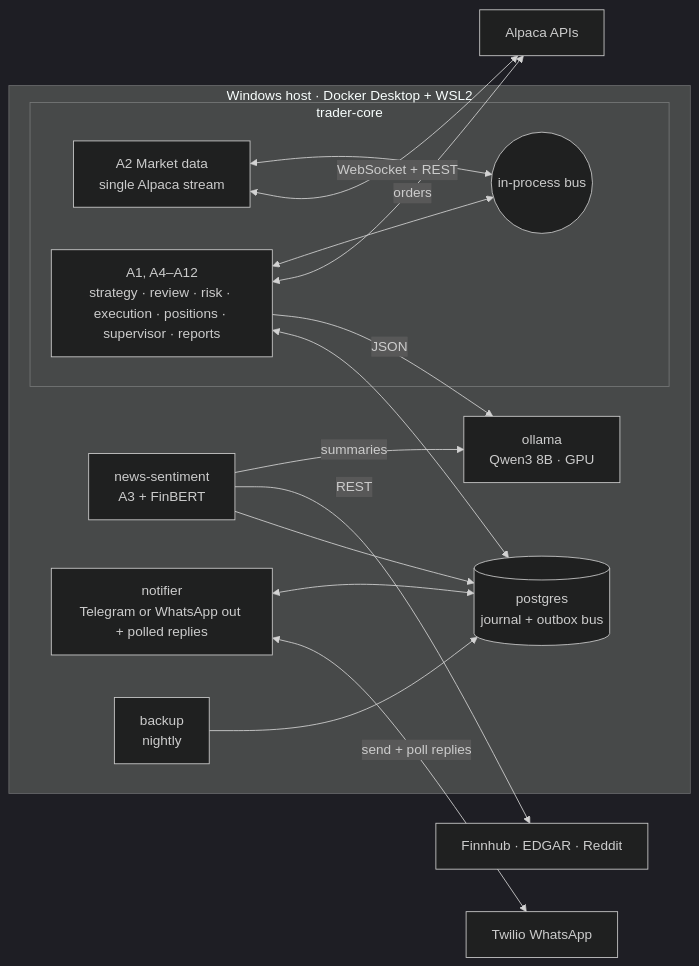
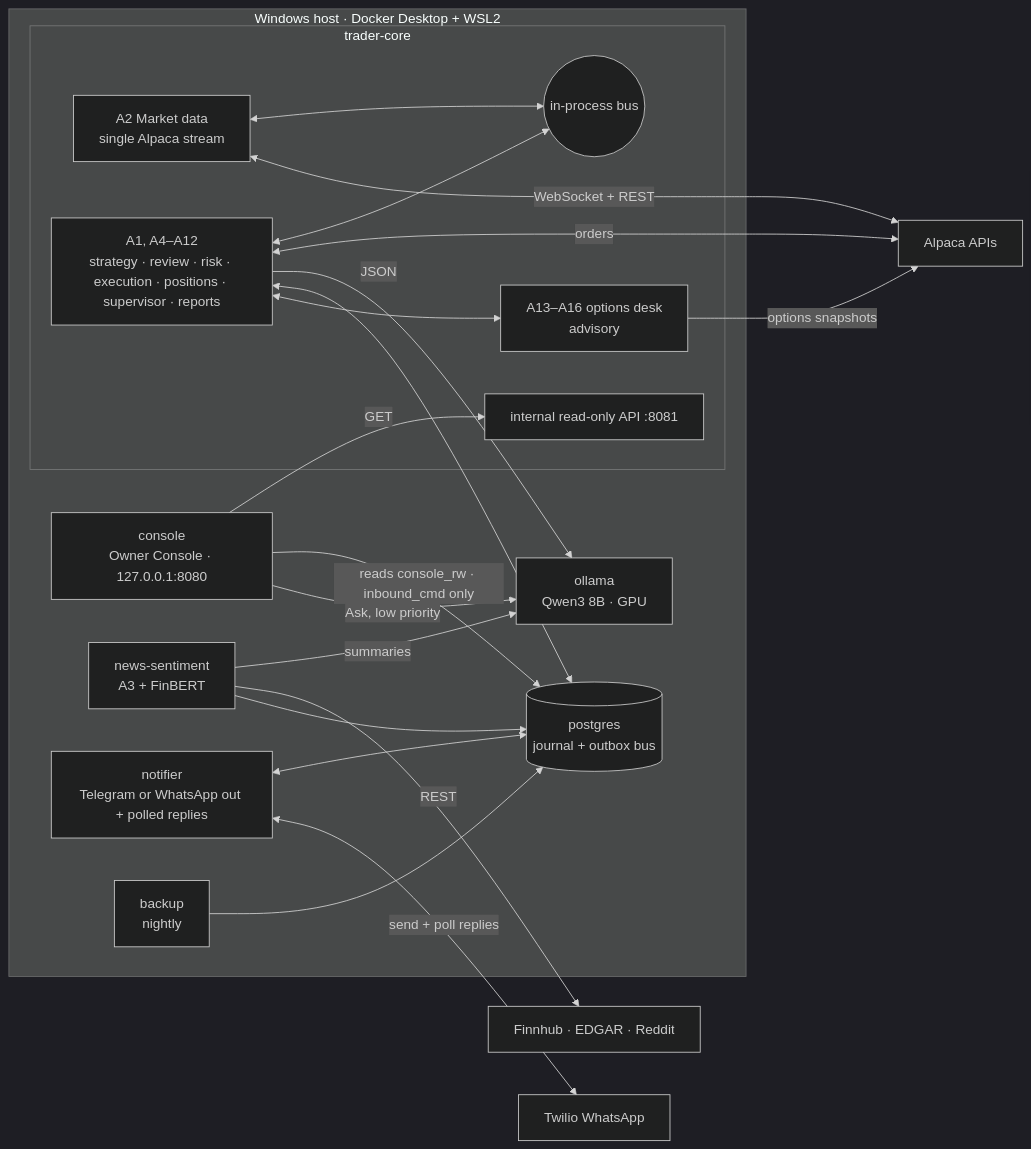
One commit to sbittla/agentic-ai-trading-system changed the first of 3 diagrams in docs/ARCHITECTURE.md. Above: the diagram before and after it, drawn with Mermaid (dark theme). The commit also changed other lines of this file and 13 other files, not shown here.

First line of the commit message:
Phase G: container-only workflow, docs for options and the console

````diff
--- a/docs/ARCHITECTURE.md
+++ b/docs/ARCHITECTURE.md
@@ -11,31 +11,39 @@
 ```mermaid
 flowchart LR
     subgraph Host["Windows host · Docker Desktop + WSL2"]
         subgraph core["trader-core"]
             A2[A2 Market data<br/>single Alpaca stream]
             BUS((in-process bus))
             DEC[A1, A4–A12<br/>strategy · review · risk · execution · positions · supervisor · reports]
+            OPT[A13–A16 options desk<br/>advisory]
+            API[internal read-only API :8081]
         end
+        CON[console<br/>Owner Console · 127.0.0.1:8080]
         NEWS[news-sentiment<br/>A3 + FinBERT]
         NOTI[notifier<br/>Telegram or WhatsApp out + polled replies]
         OLL[ollama<br/>Qwen3 8B · GPU]
         PG[(postgres<br/>journal + outbox bus)]
         BK[backup<br/>nightly]
     end
     ALP[Alpaca APIs]
     EXT[Finnhub · EDGAR · Reddit]
     TW[Twilio WhatsApp]
 
     A2 <--> BUS
     DEC <--> BUS
     A2 <-->|WebSocket + REST| ALP
     DEC <-->|orders| ALP
     DEC -->|JSON| OLL
     NEWS -->|summaries| OLL
     NEWS -->|REST| EXT
     NEWS --> PG
     DEC <--> PG
     NOTI <--> PG
     NOTI <-->|send + poll replies| TW
     BK --> PG
+    DEC <--> OPT
+    OPT -->|options snapshots| ALP
+    CON -->|reads console_rw · inbound_cmd only| PG
+    CON -->|GET| API
+    CON -->|Ask, low priority| OLL
 ```
````
